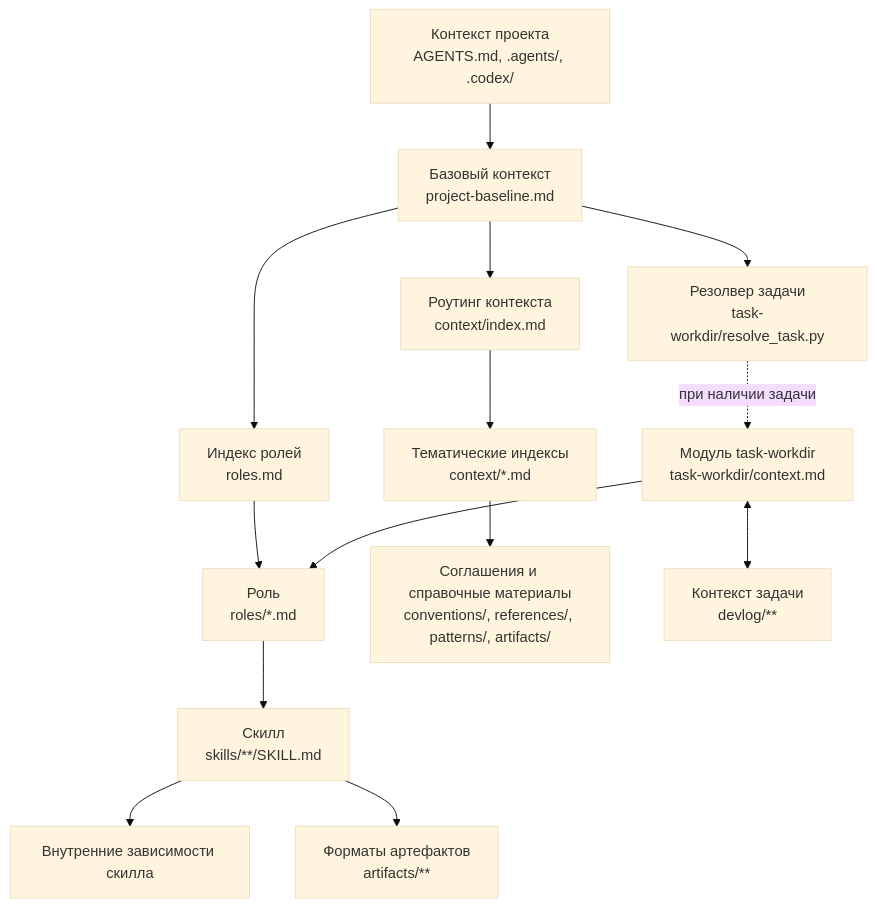
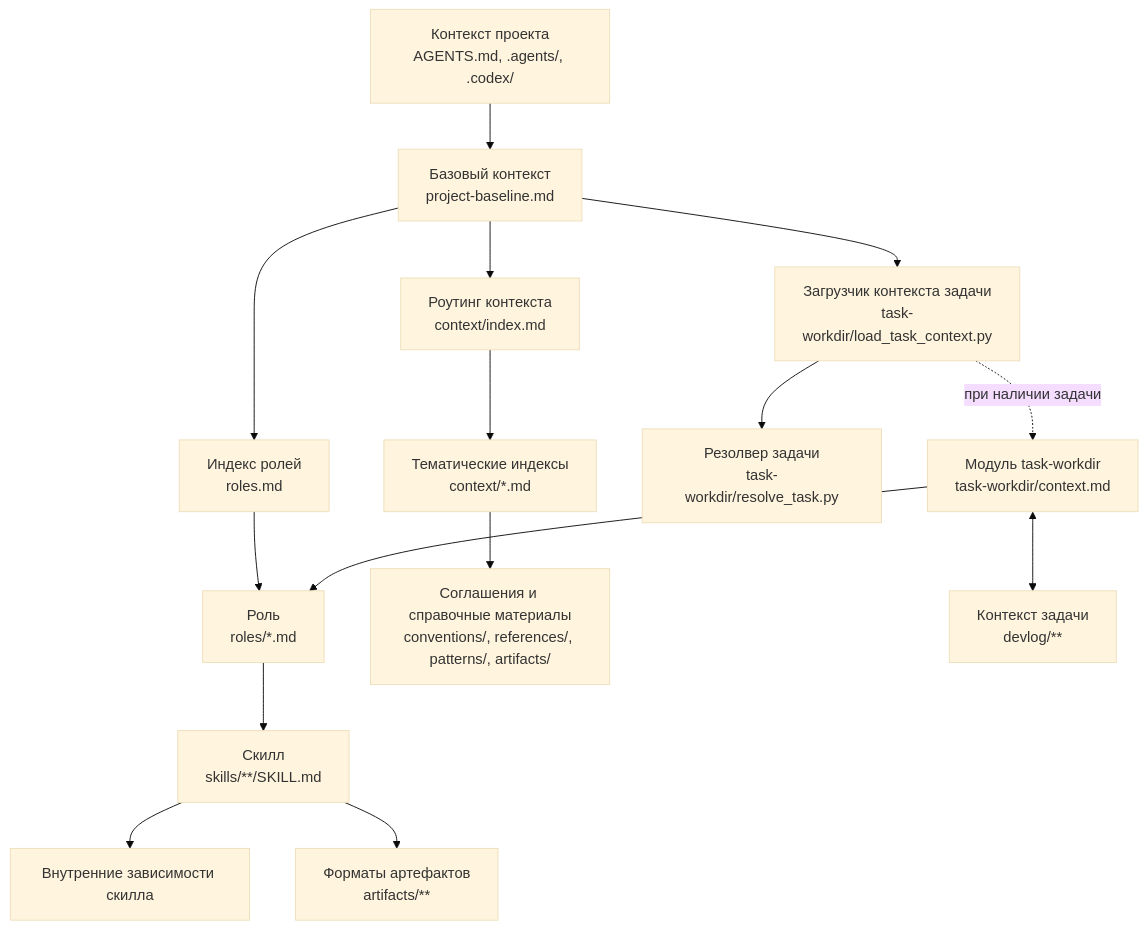
One commit to ergonomic-code/dot-agents changed the diagram in README.md. Above: the diagram before and after it, drawn with Mermaid (base theme). The commit also changed other lines of this file and 8 other files, not shown here.

Commit message:
В резолвер задачи добавлено сразу вывод в контекст правил работы с задачми и брифа выбранной задачи

````diff
--- a/README.md
+++ b/README.md
@@ -115,16 +115,17 @@
 ```mermaid
 flowchart TD
     Project[Контекст проекта<br/>AGENTS.md, .agents/, .codex/] --> Baseline[Базовый контекст<br/>project-baseline.md]
     Baseline --> Roles[Индекс ролей<br/>roles.md]
     Roles --> Role[Роль<br/>roles/*.md]
     Baseline --> Context[Роутинг контекста<br/>context/index.md]
     Context --> ContextIndexes[Тематические индексы<br/>context/*.md]
     ContextIndexes --> RoutedContext[Соглашения и справочные материалы<br/>conventions/, references/, patterns/, artifacts/]
-    Baseline --> TaskResolver[Резолвер задачи<br/>task-workdir/resolve_task.py]
-    TaskResolver -. при наличии задачи .-> TaskModule[Модуль task-workdir<br/>task-workdir/context.md]
+    Baseline --> TaskLoader[Загрузчик контекста задачи<br/>task-workdir/load_task_context.py]
+    TaskLoader --> TaskResolver[Резолвер задачи<br/>task-workdir/resolve_task.py]
+    TaskLoader -. при наличии задачи .-> TaskModule[Модуль task-workdir<br/>task-workdir/context.md]
     TaskModule --> Role
     Role --> Skill[Скилл<br/>skills/**/SKILL.md]
     Skill --> Intrinsic[Внутренние зависимости скилла]
     Skill --> Artifacts[Форматы артефактов<br/>artifacts/**]
     TaskModule <--> Task[Контекст задачи<br/>devlog/**]
 ```
````
